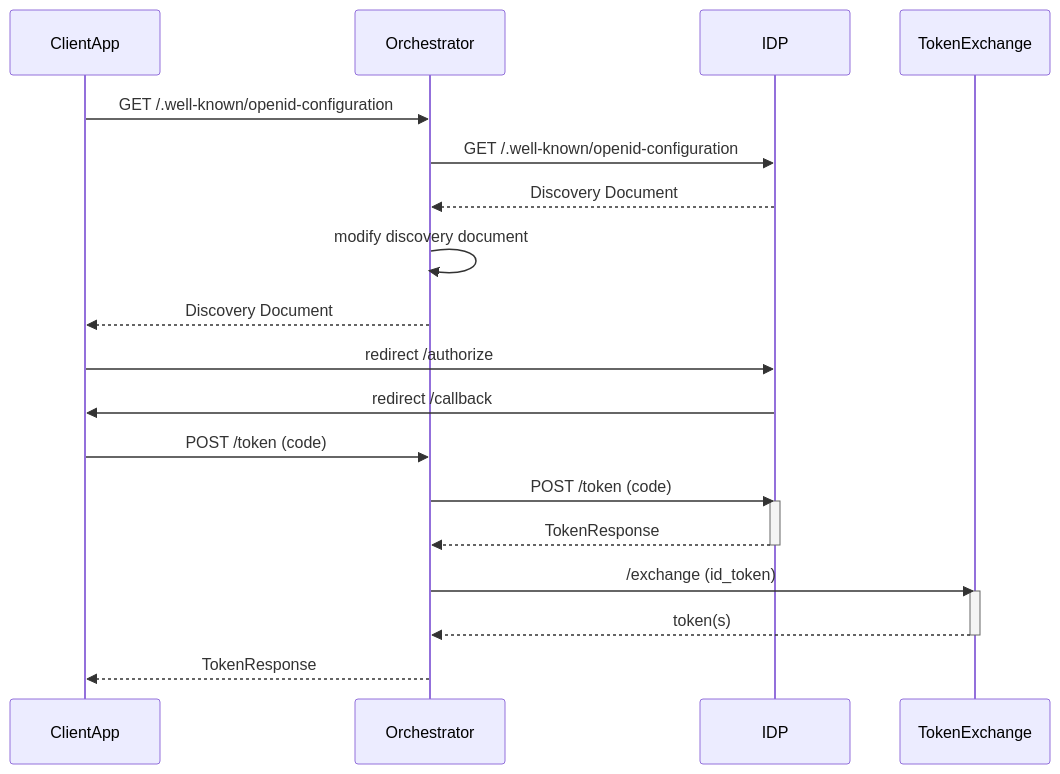
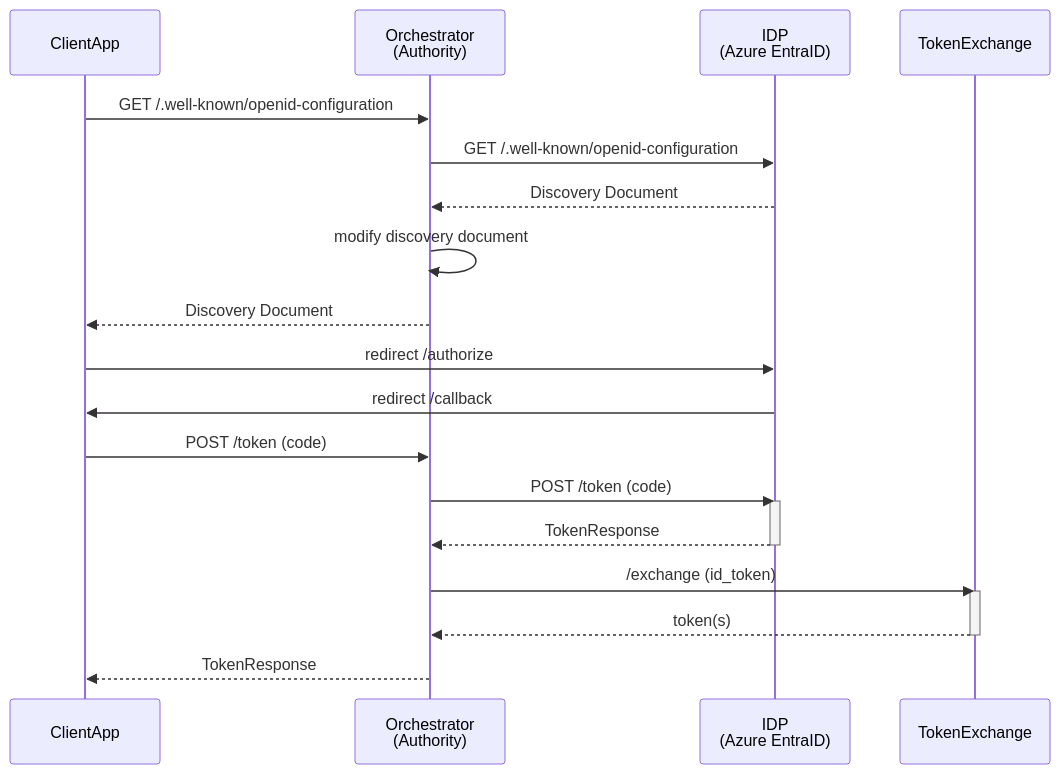
The diagram in README.md (fluffy-bunny/oidc-orchestrator), drawn with Mermaid before and after one commit.

````diff
--- a/README.md
+++ b/README.md
@@ -17,21 +17,25 @@
 ```mermaid
 sequenceDiagram
+    participant ClientApp
+    participant Orchestrator as Orchestrator<br/>(Authority)
+    participant IDP as IDP<br/>(Azure EntraID)
+    participant TokenExchange
 
     ClientApp->>Orchestrator: GET /.well-known/openid-configuration
     Orchestrator->>IDP: GET /.well-known/openid-configuration
     IDP-->>Orchestrator: Discovery Document
     Orchestrator->>Orchestrator: modify discovery document
     Orchestrator-->>ClientApp: Discovery Document
     ClientApp->>IDP: redirect /authorize
     IDP->>ClientApp: redirect /callback
     ClientApp->>Orchestrator: POST /token (code)
     Orchestrator->>IDP: POST /token (code)
     activate IDP
     IDP-->>Orchestrator: TokenResponse
     deactivate  IDP
     Orchestrator->>TokenExchange: /exchange (id_token)
     activate TokenExchange
     TokenExchange-->>Orchestrator: token(s)
     deactivate  TokenExchange
     Orchestrator-->>ClientApp: TokenResponse
 ```
````
